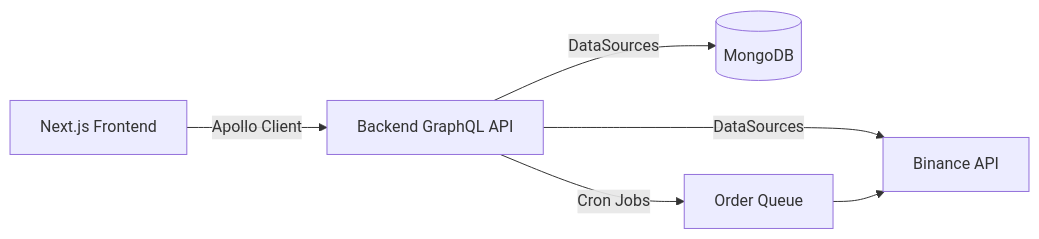
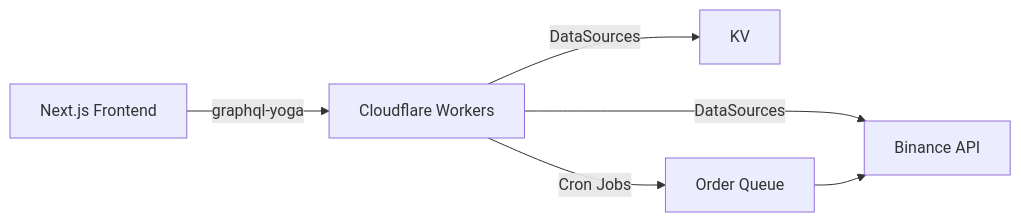
One commit to xdemocle/altcash-webapp changed the diagram in CLAUDE.md. Above: the diagram before and after it, drawn with Mermaid. The commit also changed other lines of this file and 37 other files, not shown here.

Commit message:
refactor: migrate from Apollo Server to graphql-yoga with Cloudflare Workers

````diff
--- a/CLAUDE.md
+++ b/CLAUDE.md
@@ -145,9 +142,9 @@
 ```mermaid
 graph LR
 Frontend[Next.js Frontend]
-Frontend -- Apollo Client --> GraphQL[Backend GraphQL API]
-GraphQL -- DataSources --> MongoDB[(MongoDB)]
-GraphQL -- DataSources --> Binance[Binance API]
-GraphQL -- Cron Jobs --> Queue[Order Queue]
+Frontend -- graphql-yoga --> Backend[Cloudflare Workers]
+Backend -- DataSources --> KV
+Backend -- DataSources --> Binance[Binance API]
+Backend -- Cron Jobs --> Queue[Order Queue]
 Queue --> Binance
 ```
````
